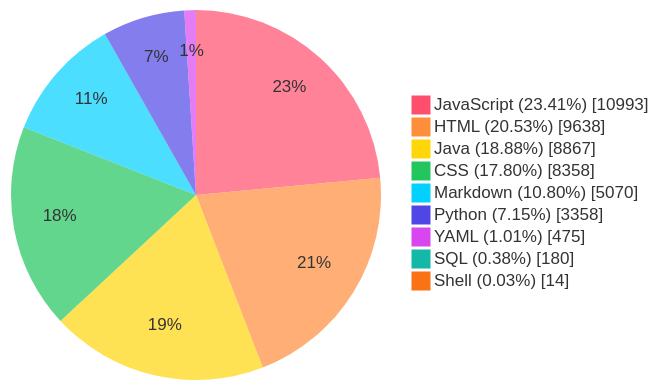
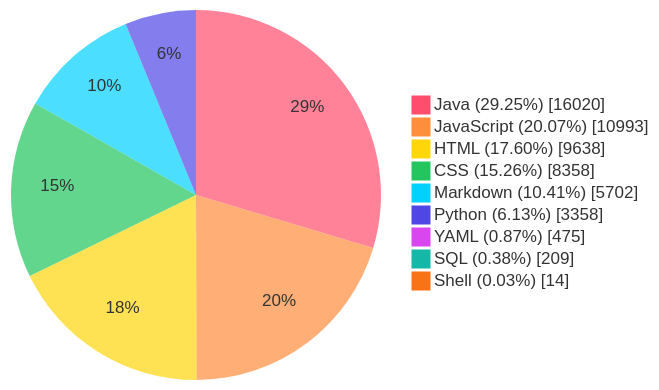
Before and after one commit to TheBadRoger/BUCT-Teaching-Aids: the diagram in README.md, drawn with Mermaid. The commit also changed other lines of this file and 4 other files, not shown here.

````diff
--- a/README.md
+++ b/README.md
@@ -40,28 +40,28 @@
 ```mermaid
 %%{init: {'theme':'base','themeVariables': {
   'fontFamily': 'Fira Code, JetBrains Mono, Source Code Pro, Cascadia Code, Menlo, Consolas, monospace',
   'pieStrokeColor': 'transparent',
   'pieStrokeWidth': '0px',
   'pieOuterStrokeWidth': '0px',
   'pie1': '#FF4D6D',
   'pie2': '#FF8E3C',
   'pie3': '#FFD60A',
   'pie4': '#22C55E',
   'pie5': '#00D1FF',
   'pie6': '#4F46E5',
   'pie7': '#D946EF',
   'pie8': '#14B8A6',
   'pie9': '#F97316',
   'pie10': '#A855F7'
 }}}%%
 pie showData
-    "JavaScript (23.41%)" : 10993
-    "HTML (20.53%)" : 9638
-    "Java (18.88%)" : 8867
-    "CSS (17.80%)" : 8358
-    "Markdown (10.80%)" : 5070
-    "Python (7.15%)" : 3358
-    "YAML (1.01%)" : 475
-    "SQL (0.38%)" : 180
+    "Java (29.25%)" : 16020
+    "JavaScript (20.07%)" : 10993
+    "HTML (17.60%)" : 9638
+    "CSS (15.26%)" : 8358
+    "Markdown (10.41%)" : 5702
+    "Python (6.13%)" : 3358
+    "YAML (0.87%)" : 475
+    "SQL (0.38%)" : 209
     "Shell (0.03%)" : 14
 ```
````
